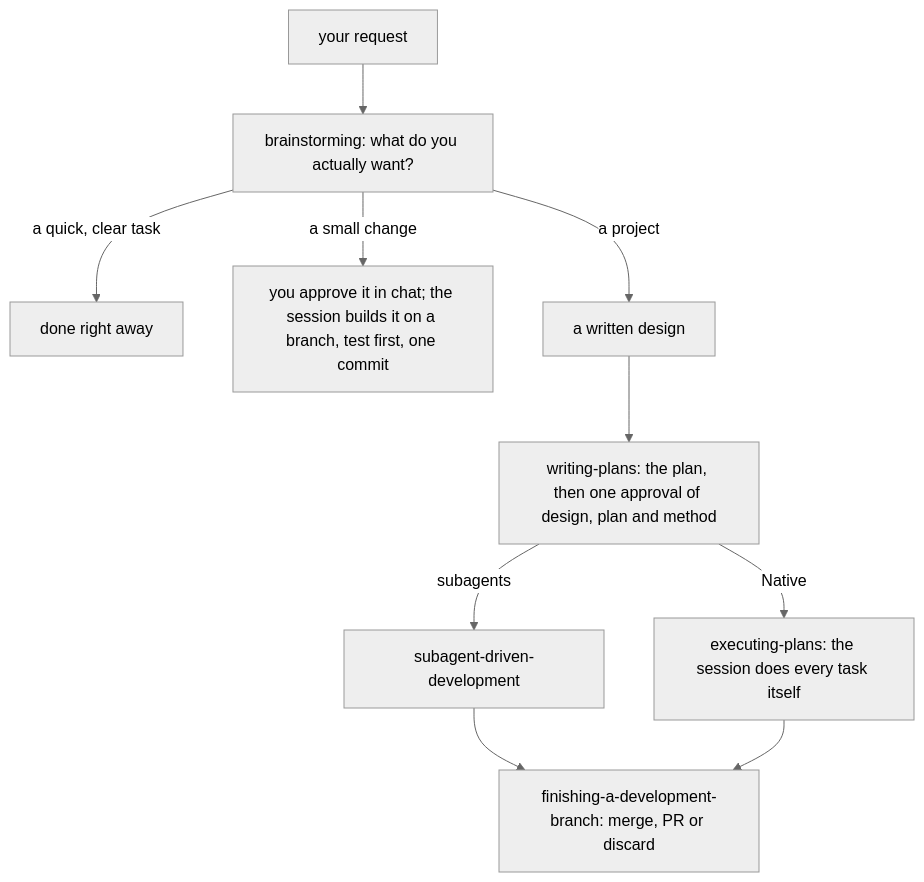
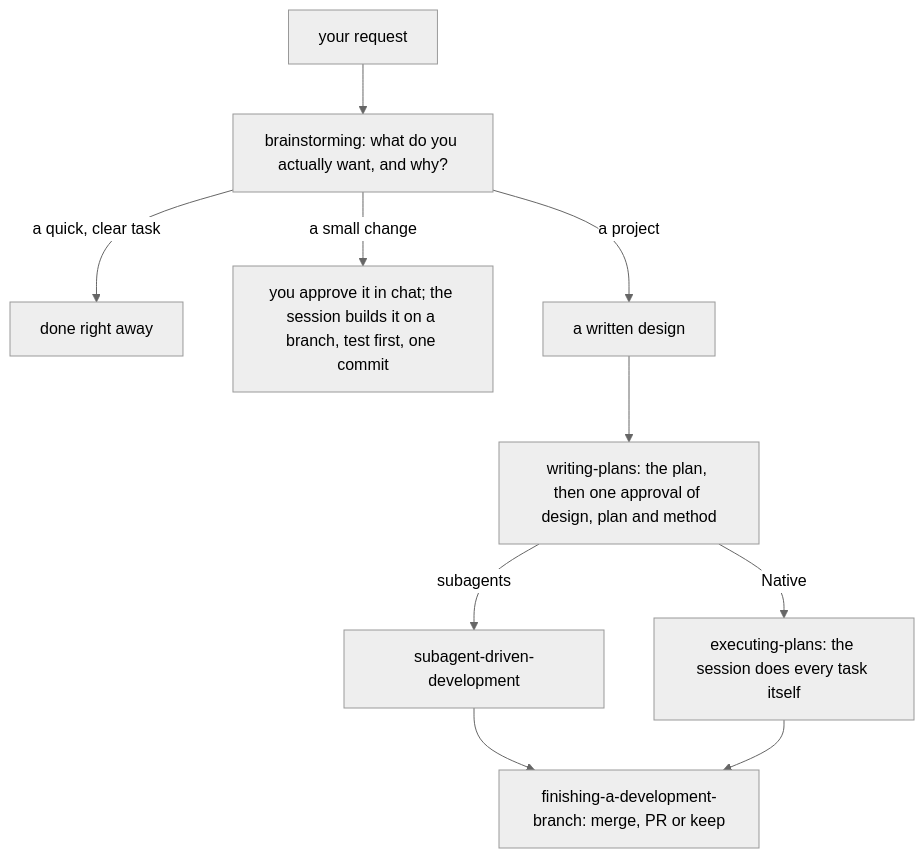
Before and after one commit to LoneExile/omp-superpowers: the first of 3 diagrams in README.md, drawn with Mermaid (neutral theme). The commit also changed other lines of this file, not shown here.

````diff
--- a/README.md
+++ b/README.md
@@ -63,12 +66,12 @@
 ```mermaid
 flowchart TD
-    R["your request"] --> B["brainstorming: what do you actually want?"]
+    R["your request"] --> B["brainstorming: what do you actually want, and why?"]
     B -->|"a quick, clear task"| Q["done right away"]
     B -->|"a small change"| S["you approve it in chat; the session builds it on a branch, test first, one commit"]
     B -->|"a project"| D["a written design"]
     D --> P["writing-plans: the plan, then one approval of design, plan and method"]
     P -->|"subagents"| SDD["subagent-driven-development"]
     P -->|"Native"| EP["executing-plans: the session does every task itself"]
-    SDD --> F["finishing-a-development-branch: merge, PR or discard"]
+    SDD --> F["finishing-a-development-branch: merge, PR or keep"]
     EP --> F
 ```
````
